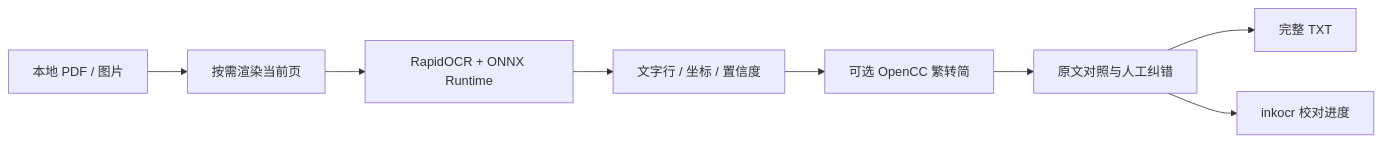
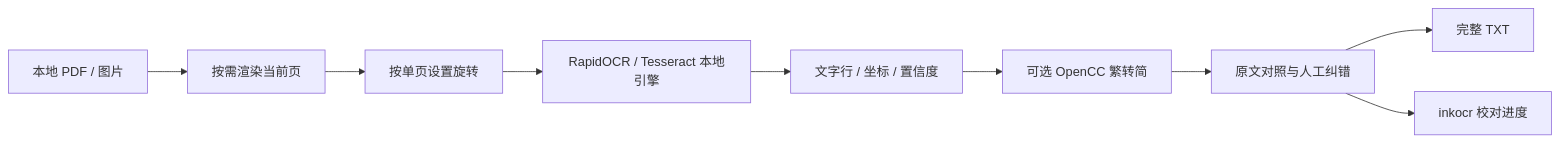
One commit to adtham2023-spec/ink-ocr changed the diagram in docs/architecture.md. Above: the diagram before and after it, drawn with Mermaid. The commit also changed other lines of this file and 28 other files, not shown here.

Commit message:
Add row ordering, per-page rotation and bundled Tesseract OCR

````diff
--- a/docs/architecture.md
+++ b/docs/architecture.md
@@ -5,10 +5,11 @@
 ```mermaid
 flowchart LR
   A[本地 PDF / 图片] --> B[按需渲染当前页]
-  B --> C[RapidOCR + ONNX Runtime]
+  B --> R[按单页设置旋转]
+  R --> C[RapidOCR / Tesseract 本地引擎]
   C --> D[文字行 / 坐标 / 置信度]
   D --> E[可选 OpenCC 繁转简]
   E --> F[原文对照与人工纠错]
   F --> G[完整 TXT]
   F --> H[inkocr 校对进度]
 ```
````
